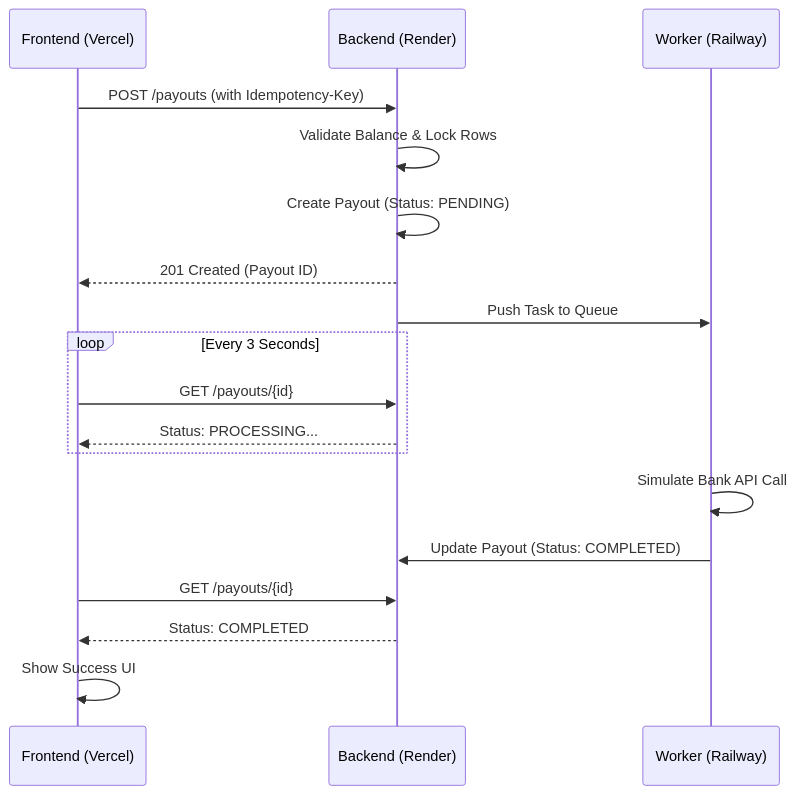
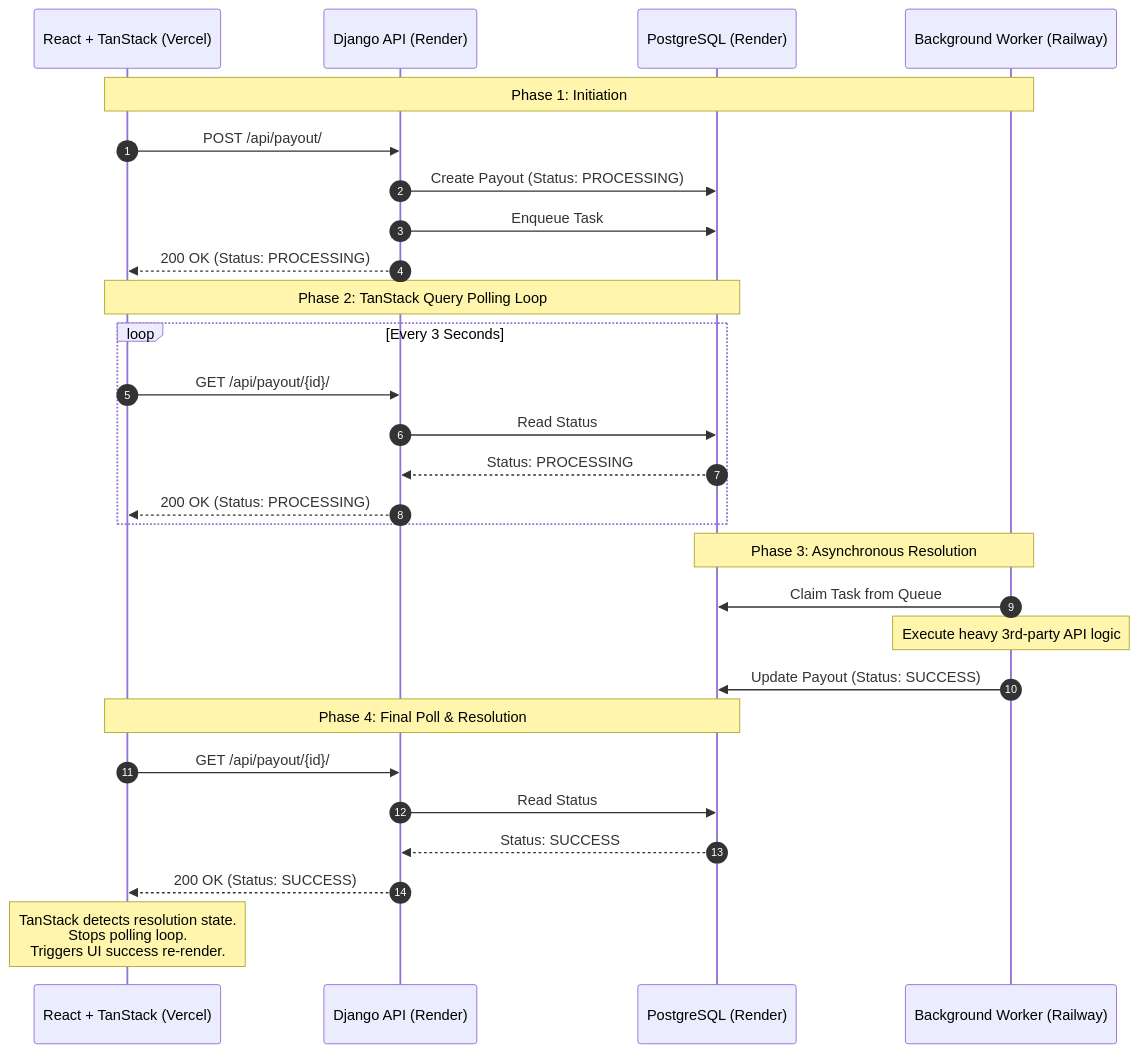
Before and after one commit to akshat6749/Payto-Pay: the second of 2 diagrams in ARCHITECTURE.md, drawn with Mermaid. The commit also changed other lines of this file and 1 other file, not shown here.

````diff
--- a/ARCHITECTURE.md
+++ b/ARCHITECTURE.md
@@ -49,24 +95,35 @@
 ```mermaid
 sequenceDiagram
-    participant F as Frontend (Vercel)
-    participant B as Backend (Render)
-    participant W as Worker (Railway)
+    autonumber
+    participant Client as React + TanStack (Vercel)
+    participant API as Django API (Render)
+    participant DB as PostgreSQL (Render)
+    participant Worker as Background Worker (Railway)
 
-    F->>B: POST /payouts (with Idempotency-Key)
-    B->>B: Validate Balance & Lock Rows
-    B->>B: Create Payout (Status: PENDING)
-    B-->>F: 201 Created (Payout ID)
-    B->>W: Push Task to Queue
-
+    Note over Client, Worker: Phase 1: Initiation
+    Client->>API: POST /api/payout/
+    API->>DB: Create Payout (Status: PROCESSING)
+    API->>DB: Enqueue Task
+    API-->>Client: 200 OK (Status: PROCESSING)
+    
+    Note over Client, DB: Phase 2: TanStack Query Polling Loop
     loop Every 3 Seconds
-        F->>B: GET /payouts/{id}
-        B-->>F: Status: PROCESSING...
+        Client->>API: GET /api/payout/{id}/
+        API->>DB: Read Status
+        DB-->>API: Status: PROCESSING
+        API-->>Client: 200 OK (Status: PROCESSING)
     end
-
-    W->>W: Simulate Bank API Call
-    W->>B: Update Payout (Status: COMPLETED)
-
-    F->>B: GET /payouts/{id}
-    B-->>F: Status: COMPLETED
-    F->>F: Show Success UI
+    
+    Note over DB, Worker: Phase 3: Asynchronous Resolution
+    Worker->>DB: Claim Task from Queue
+    Note over Worker: Execute heavy 3rd-party API logic
+    Worker->>DB: Update Payout (Status: SUCCESS)
+    
+    Note over Client, DB: Phase 4: Final Poll & Resolution
+    Client->>API: GET /api/payout/{id}/
+    API->>DB: Read Status
+    DB-->>API: Status: SUCCESS
+    API-->>Client: 200 OK (Status: SUCCESS)
+    
+    Note over Client: TanStack detects resolution state.<br/>Stops polling loop.<br/>Triggers UI success re-render.
 ```
````
